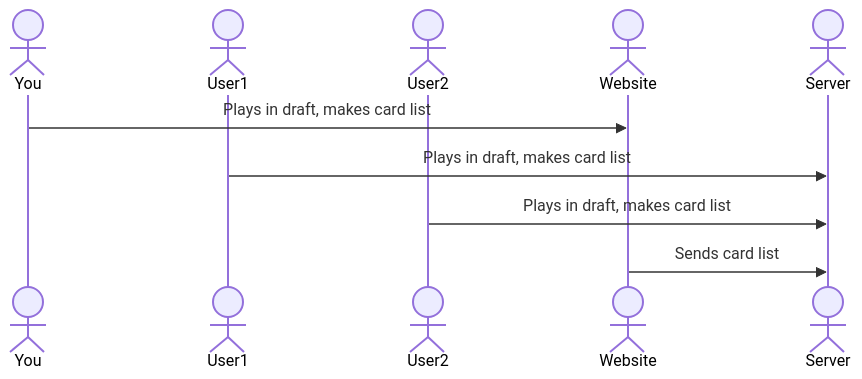
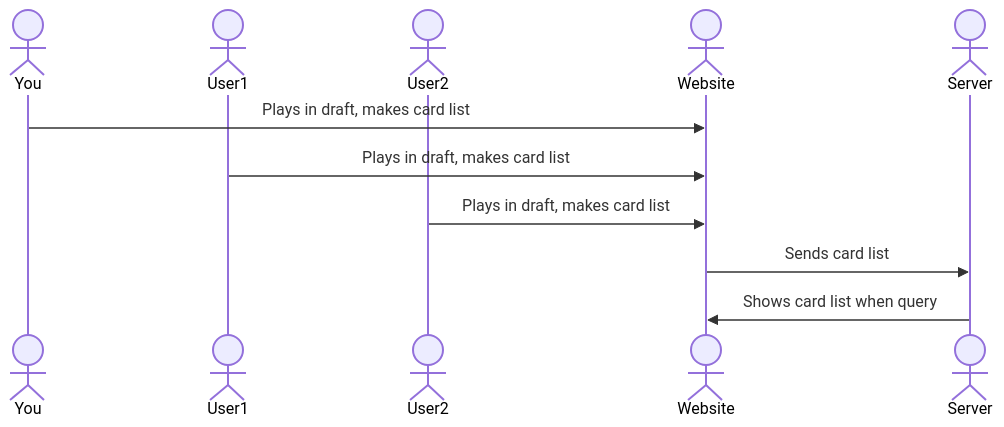
The diagram in README.md (N3ptune/startup), drawn with Mermaid before and after one commit.

Commit message:
Fix label and paths for sequenceDiagram

````diff
--- a/README.md
+++ b/README.md
@@ -33,12 +33,13 @@
 ```mermaid
 sequenceDiagram
     actor You 
     actor User1
     actor User2
     actor Website
     actor Server
     You->>Website: Plays in draft, makes card list
-    User1->>Server: Plays in draft, makes card list
-    User2->>Server: Plays in draft, makes card list
-    Website->>Server:Sends card list
+    User1->>Website: Plays in draft, makes card list
+    User2->>Website: Plays in draft, makes card list
+    Website->>Server: Sends card list
+    Server->>Website: Shows card list when query
 ```
````
